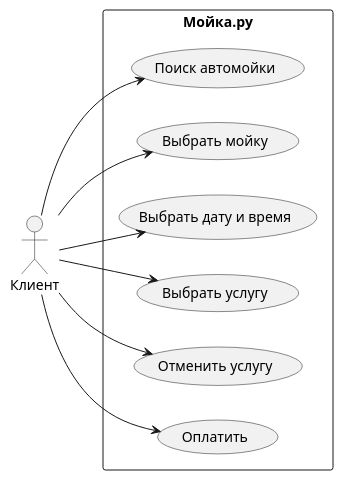
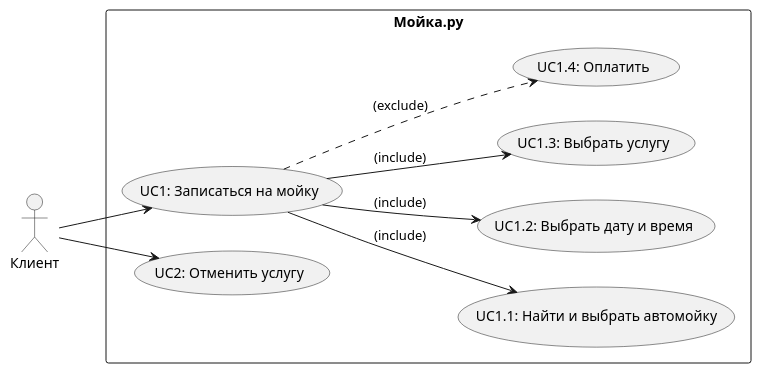
One commit to CyberSerega/IntegrationServices changed the diagram in functional_requirements.md. Above: the diagram before and after it, drawn with PlantUML.

````diff
--- a/functional_requirements.md
+++ b/functional_requirements.md
@@ -3,29 +3,29 @@
 ```uml
 
 @startuml
 
 actor "Клиент" as fc
 
 left to right direction
 
 rectangle "Мойка.ру"  {
-	usecase "Поиск автомойки" as UC1
-	usecase "Выбрать мойку" as UC2
-	usecase "Выбрать дату и время" as UC3
-	usecase "Выбрать услугу" as UC4
-	usecase "Отменить услугу" as UC5
-	usecase "Оплатить" as UC6
+  usecase "UC1: Записаться на мойку" as UC1
+	usecase "UC1.1: Найти и выбрать автомойку" as UC2
+	usecase "UC1.2: Выбрать дату и время" as UC3
+	usecase "UC1.3: Выбрать услугу" as UC4
+	usecase "UC2: Отменить услугу" as UC5
+	usecase "UC1.4: Оплатить" as UC6
 }
 
-
+UC1 --> UC2:(include)
+UC1 --> UC3:(include)
+UC1 --> UC4:(include)
+UC1 ..> UC6:(exclude)
 
 fc --> UC1
-fc --> UC2
-fc --> UC3
-fc --> UC4
 fc --> UC5
-fc --> UC6
+
 
 @enduml
 
 ```
````
